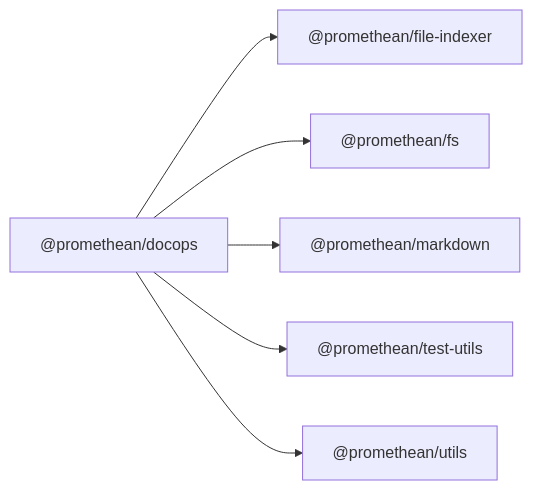
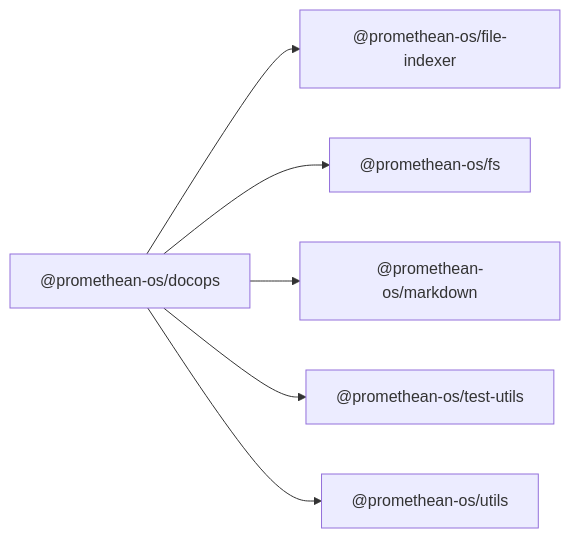
Before and after one commit to octave-commons/promethean: the diagram in docs/packages/docops/README.md, drawn with Mermaid. The commit also changed other lines of this file and 1753 other files, not shown here.

````diff
--- a/docs/packages/docops/README.md
+++ b/docs/packages/docops/README.md
@@ -14,19 +14,19 @@
 ```mermaid
 graph LR
-  A["@promethean/docops"]
-  D1["@promethean/file-indexer"]
-  D2["@promethean/fs"]
-  D3["@promethean/markdown"]
-  D4["@promethean/test-utils"]
-  D5["@promethean/utils"]
-  A --> D1["@promethean/file-indexer"]
-  A --> D2["@promethean/fs"]
-  A --> D3["@promethean/markdown"]
-  A --> D4["@promethean/test-utils"]
-  A --> D5["@promethean/utils"]
-  click D1 "../file-indexer/README.md" "@promethean/file-indexer"
-  click D2 "../fs/README.md" "@promethean/fs"
-  click D3 "../markdown/README.md" "@promethean/markdown"
-  click D4 "../test-utils/README.md" "@promethean/test-utils"
-  click D5 "../utils/README.md" "@promethean/utils"
+  A["@promethean-os/docops"]
+  D1["@promethean-os/file-indexer"]
+  D2["@promethean-os/fs"]
+  D3["@promethean-os/markdown"]
+  D4["@promethean-os/test-utils"]
+  D5["@promethean-os/utils"]
+  A --> D1["@promethean-os/file-indexer"]
+  A --> D2["@promethean-os/fs"]
+  A --> D3["@promethean-os/markdown"]
+  A --> D4["@promethean-os/test-utils"]
+  A --> D5["@promethean-os/utils"]
+  click D1 "../file-indexer/README.md" "@promethean-os/file-indexer"
+  click D2 "../fs/README.md" "@promethean-os/fs"
+  click D3 "../markdown/README.md" "@promethean-os/markdown"
+  click D4 "../test-utils/README.md" "@promethean-os/test-utils"
+  click D5 "../utils/README.md" "@promethean-os/utils"
 ```
````
